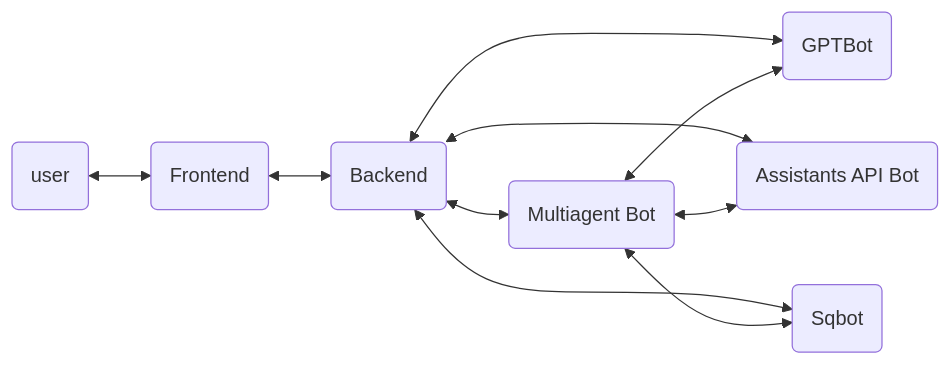
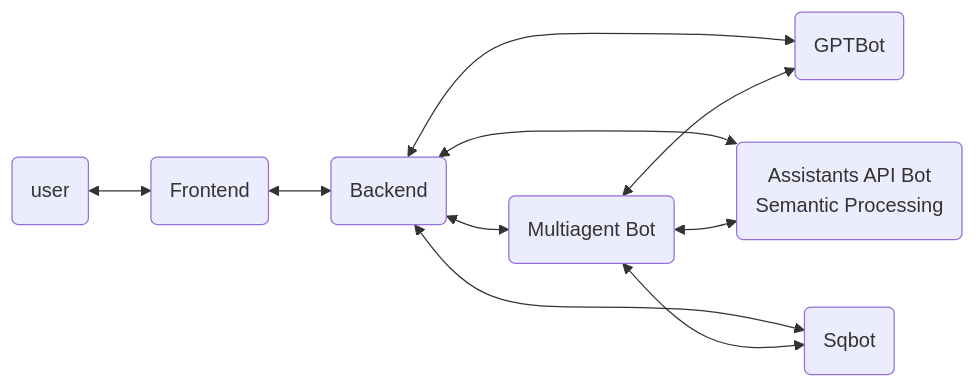
The diagram in README.md (msalemor/adventureworks-viewer-ai), drawn with Mermaid before and after one commit.

````diff
--- a/README.md
+++ b/README.md
@@ -7,12 +7,12 @@
 ```mermaid
 graph LR;
   A(user)<-->F(Frontend)
   F<-->B(Backend)
   B<-->O(GPTBot)
-  B<-->Asst(Assistants API Bot)
+  B<-->Asst(Assistants API Bot<br/>Semantic Processing)
   B<-->SQL(Sqbot)
   B<-->M(Multiagent Bot)
   M<-->O
   M<-->SQL
   M<-->Asst
 ```
````
